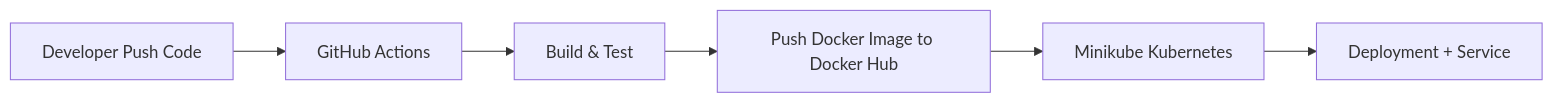
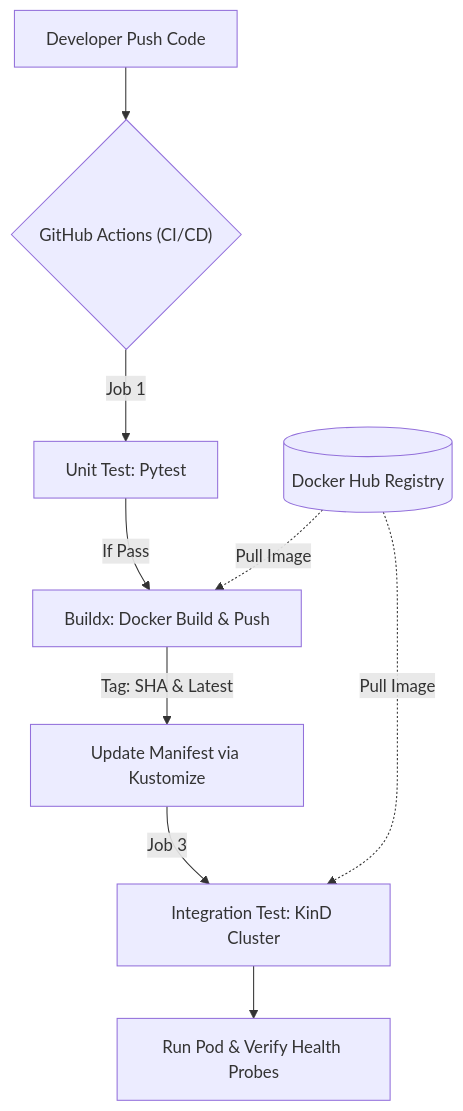
One commit to seizenz7/devops-flask-ci-cd-kubernetes changed the diagram in README.md. Above: the diagram before and after it, drawn with Mermaid. The commit also changed other lines of this file, not shown here.

````diff
--- a/README.md
+++ b/README.md
@@ -15,8 +23,12 @@
 ```mermaid
-flowchart LR
-    A[Developer Push Code] --> B[GitHub Actions]
-    B --> C[Build & Test]
-    C --> D[Push Docker Image to Docker Hub]
-    D --> E[Minikube Kubernetes]
-    E --> F[Deployment + Service]
+flowchart TD
+    A[Developer Push Code] --> B{"GitHub Actions (CI/CD)"}
+    B -->|Job 1| C[Unit Test: Pytest]
+    C -->|If Pass| D[Buildx: Docker Build & Push]
+    D -->|Tag: SHA & Latest| E[Update Manifest via Kustomize]
+    E -->|Job 3| F[Integration Test: KinD Cluster]
+    F --> G[Run Pod & Verify Health Probes]
+    
+    H[(Docker Hub Registry)] -.->|Pull Image| D
+    H -.->|Pull Image| F
 ```
````
